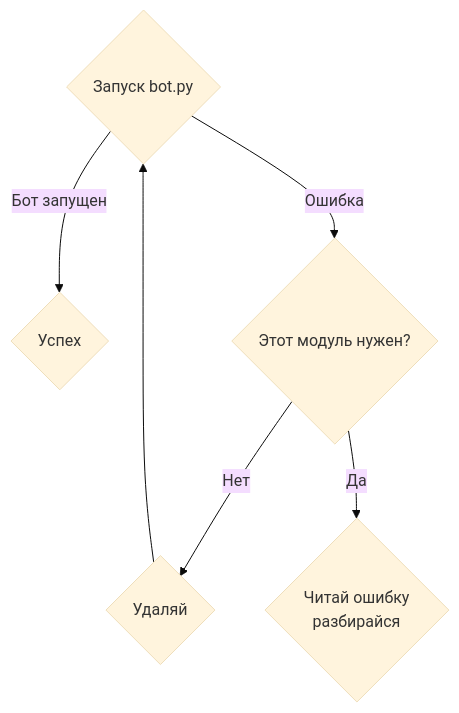
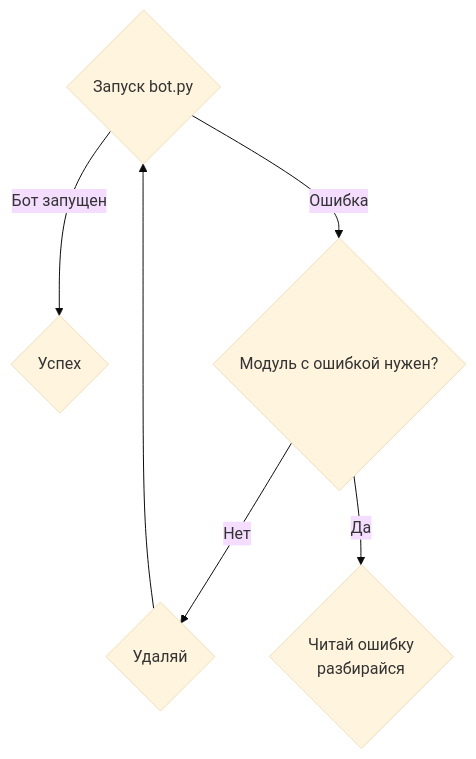
Before and after one commit to fennr/Samuro-HotsBot: the diagram in README.md, drawn with Mermaid (base theme). The commit also changed other lines of this file and 3 other files, not shown here.

````diff
--- a/README.md
+++ b/README.md
@@ -93,7 +106,7 @@
 ```mermaid
 flowchart TD
 A --> |Бот запущен| Z{Успех}
-A{Запуск bot.py} --> |Ошибка| B{Этот модуль нужен?}
+A{Запуск bot.py} --> |Ошибка| B{Модуль с ошибкой нужен?}
 B --> |Нет| C{Удаляй} --> A
 B --> |Да| D{Читай ошибку\nразбирайся}
 ```
````
